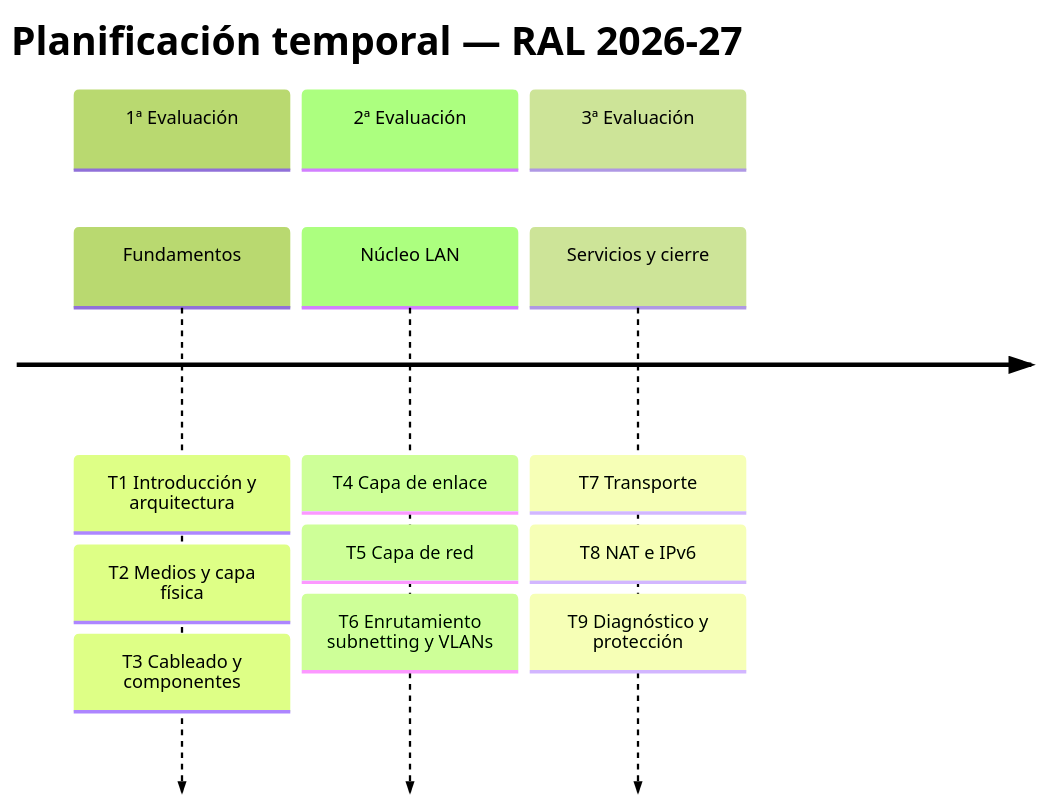
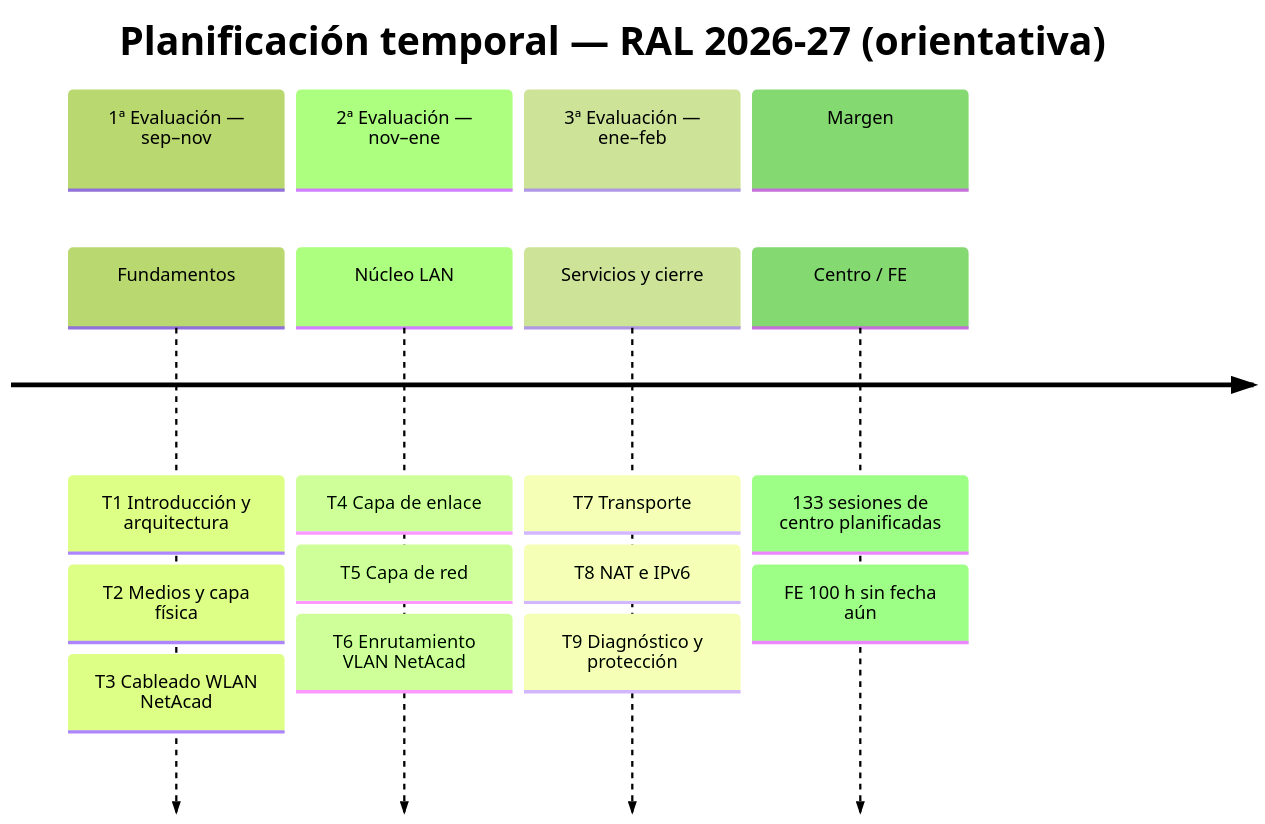
Before and after one commit to fjavier-hernandez/ral: the second of 3 diagrams in docs/index.md, drawn with Mermaid (forest theme). The commit also changed other lines of this file and 71 other files, not shown here.

Commit message:
RAL 2026-27: temas 2–9 en repo (fuera de nav); planificación canónica en [CURSOS]

````diff
--- a/docs/index.md
+++ b/docs/index.md
@@ -85,10 +98,12 @@
 ``` mermaid
 timeline
-    title Planificación temporal — RAL 2026-27
-    section 1ª Evaluación
-        Fundamentos : T1 Introducción y arquitectura : T2 Medios y capa física : T3 Cableado y componentes
-    section 2ª Evaluación
-        Núcleo LAN : T4 Capa de enlace : T5 Capa de red : T6 Enrutamiento subnetting y VLANs
-    section 3ª Evaluación
+    title Planificación temporal — RAL 2026-27 (orientativa)
+    section 1ª Evaluación — sep–nov
+        Fundamentos : T1 Introducción y arquitectura : T2 Medios y capa física : T3 Cableado WLAN NetAcad
+    section 2ª Evaluación — nov–ene
+        Núcleo LAN : T4 Capa de enlace : T5 Capa de red : T6 Enrutamiento VLAN NetAcad
+    section 3ª Evaluación — ene–feb
         Servicios y cierre : T7 Transporte : T8 NAT e IPv6 : T9 Diagnóstico y protección
+    section Margen
+        Centro / FE : 133 sesiones de centro planificadas : FE 100 h sin fecha aún
 ```
````
